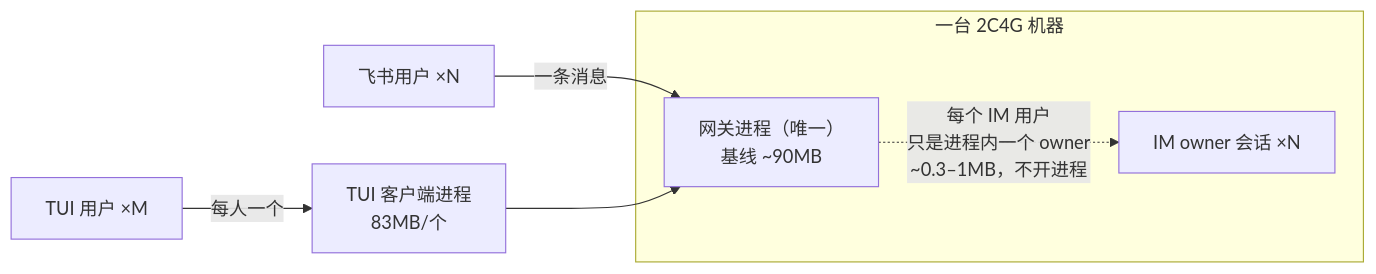
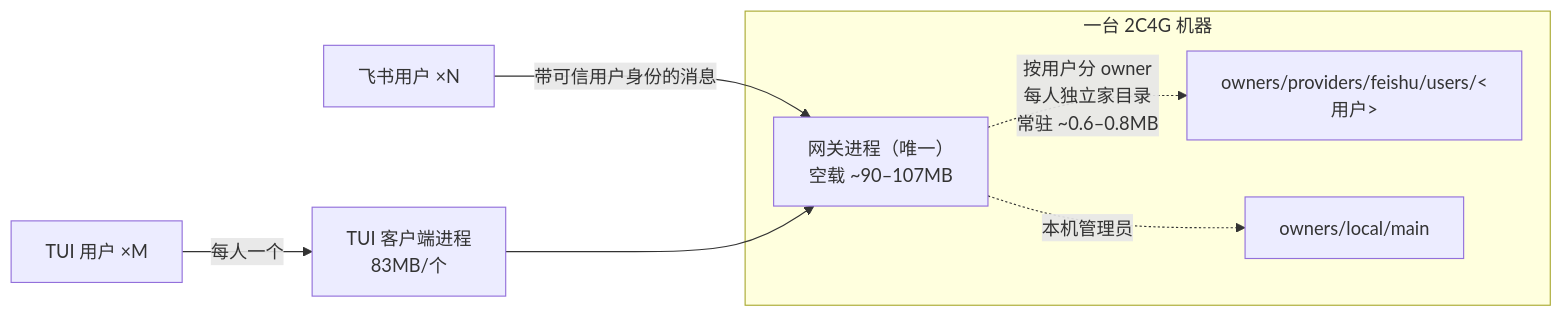
The first of 2 diagrams in docs/benchmarks/2026-10-07-im-tui-resource-capacity.md (chaojixiaoyezi/my-agent), drawn with Mermaid before and after one commit. The commit also changed other lines of this file, not shown here.

````diff
--- a/docs/benchmarks/2026-10-07-im-tui-resource-capacity.md
+++ b/docs/benchmarks/2026-10-07-im-tui-resource-capacity.md
@@ -44,10 +57,11 @@
 ```mermaid
 flowchart LR
-  U1["飞书用户 ×N"] -->|"一条消息"| GW
+  U1["飞书用户 ×N"] -->|"带可信用户身份的消息"| GW
   U2["TUI 用户 ×M"] -->|"每人一个"| T["TUI 客户端进程<br/>83MB/个"]
   T --> GW
   subgraph BOX["一台 2C4G 机器"]
-    GW["网关进程（唯一）<br/>基线 ~90MB"]
-    GW -.->|"每个 IM 用户<br/>只是进程内一个 owner<br/>~0.3–1MB，不开进程"| O["IM owner 会话 ×N"]
+    GW["网关进程（唯一）<br/>空载 ~90–107MB"]
+    GW -.->|"按用户分 owner<br/>每人独立家目录<br/>常驻 ~0.6–0.8MB"| O["owners/providers/feishu/users/&lt;用户&gt;"]
+    GW -.->|"本机管理员"| A["owners/local/main"]
   end
 ```
````
